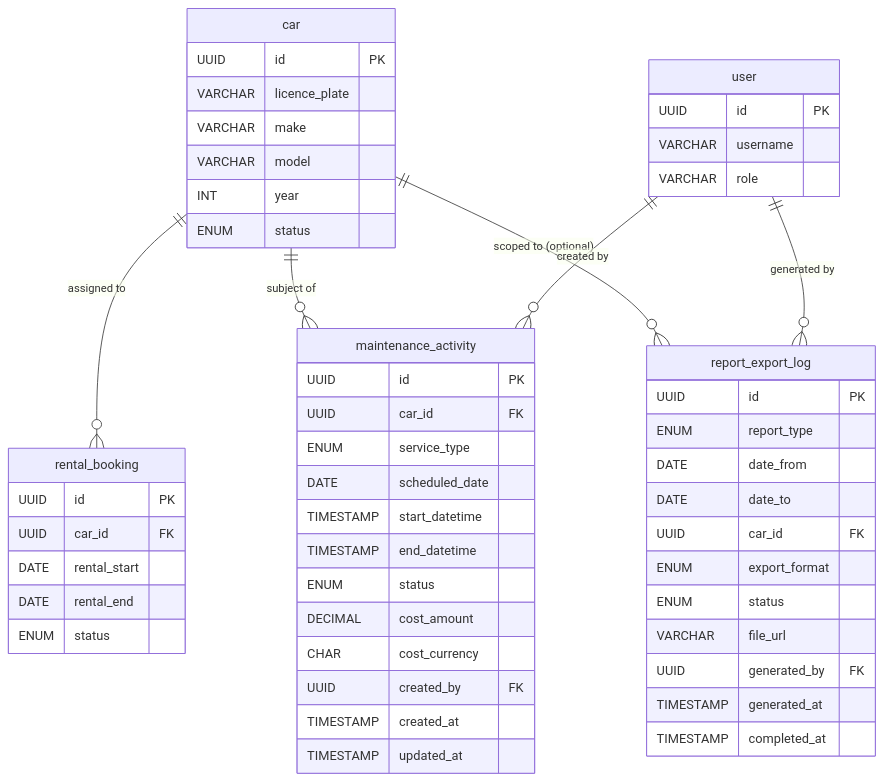
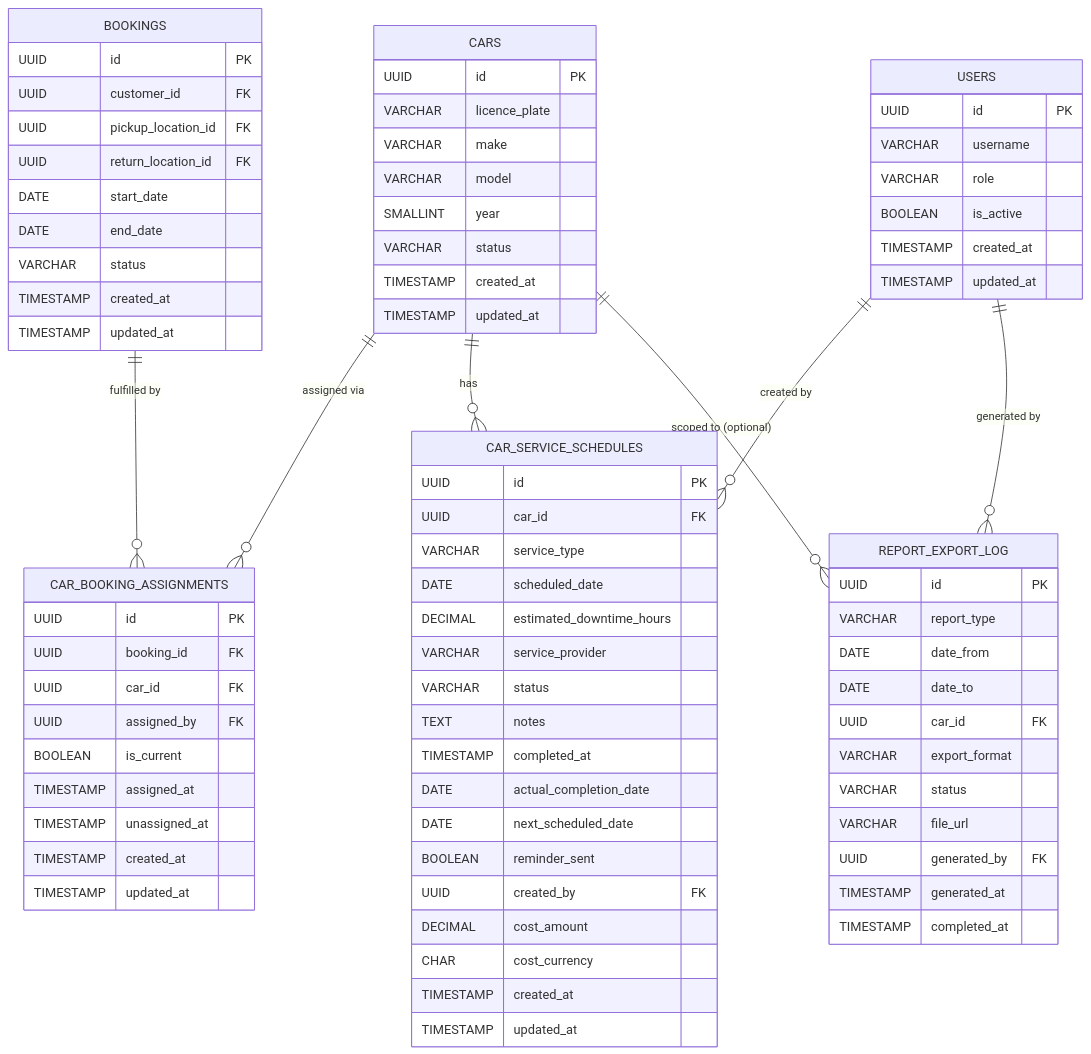
The diagram in docs/trd/database-design-car-management-fleet-utilisation-maintenance-reports.md (RavishankarDuMCA10/ai-sdlc), drawn with Mermaid before and after one commit. The commit also changed other lines of this file and 1 other file, not shown here.

Commit message:
Align database design with consolidated Car Management schema (use car_service_schedules, bookings, cars, users table names)

````diff
--- a/docs/trd/database-design-car-management-fleet-utilisation-maintenance-reports.md
+++ b/docs/trd/database-design-car-management-fleet-utilisation-maintenance-reports.md
@@ -59,60 +77,87 @@
 ```mermaid
 erDiagram
-    car {
-        UUID id PK
-        VARCHAR licence_plate
-        VARCHAR make
-        VARCHAR model
-        INT year
-        ENUM status
+    CARS {
+        UUID        id              PK
+        VARCHAR     licence_plate
+        VARCHAR     make
+        VARCHAR     model
+        SMALLINT    year
+        VARCHAR     status
+        TIMESTAMP   created_at
+        TIMESTAMP   updated_at
     }
 
-    user {
-        UUID id PK
-        VARCHAR username
-        VARCHAR role
+    USERS {
+        UUID        id          PK
+        VARCHAR     username
+        VARCHAR     role
+        BOOLEAN     is_active
+        TIMESTAMP   created_at
+        TIMESTAMP   updated_at
     }
 
-    rental_booking {
-        UUID id PK
-        UUID car_id FK
-        DATE rental_start
-        DATE rental_end
-        ENUM status
+    BOOKINGS {
+        UUID        id                  PK
+        UUID        customer_id         FK
+        UUID        pickup_location_id  FK
+        UUID        return_location_id  FK
+        DATE        start_date
+        DATE        end_date
+        VARCHAR     status
+        TIMESTAMP   created_at
+        TIMESTAMP   updated_at
     }
 
-    maintenance_activity {
-        UUID id PK
-        UUID car_id FK
-        ENUM service_type
-        DATE scheduled_date
-        TIMESTAMP start_datetime
-        TIMESTAMP end_datetime
-        ENUM status
-        DECIMAL cost_amount
-        CHAR cost_currency
-        UUID created_by FK
-        TIMESTAMP created_at
-        TIMESTAMP updated_at
+    CAR_SERVICE_SCHEDULES {
+        UUID        id                      PK
+        UUID        car_id                  FK
+        VARCHAR     service_type
+        DATE        scheduled_date
+        DECIMAL     estimated_downtime_hours
+        VARCHAR     service_provider
+        VARCHAR     status
+        TEXT        notes
+        TIMESTAMP   completed_at
+        DATE        actual_completion_date
+        DATE        next_scheduled_date
+        BOOLEAN     reminder_sent
+        UUID        created_by              FK
+        DECIMAL     cost_amount
+        CHAR        cost_currency
+        TIMESTAMP   created_at
+        TIMESTAMP   updated_at
     }
 
-    report_export_log {
-        UUID id PK
-        ENUM report_type
-        DATE date_from
-        DATE date_to
-        UUID car_id FK
-        ENUM export_format
-        ENUM status
-        VARCHAR file_url
-        UUID generated_by FK
-        TIMESTAMP generated_at
-        TIMESTAMP completed_at
+    REPORT_EXPORT_LOG {
+        UUID        id              PK
+        VARCHAR     report_type
+        DATE        date_from
+        DATE        date_to
+        UUID        car_id          FK
+        VARCHAR     export_format
+        VARCHAR     status
+        VARCHAR     file_url
+        UUID        generated_by    FK
+        TIMESTAMP   generated_at
+        TIMESTAMP   completed_at
     }
 
-    car ||--o{ rental_booking : "assigned to"
-    car ||--o{ maintenance_activity : "subject of"
-    car ||--o{ report_export_log : "scoped to (optional)"
-    user ||--o{ maintenance_activity : "created by"
-    user ||--o{ report_export_log : "generated by"
+    CAR_BOOKING_ASSIGNMENTS {
+        UUID        id              PK
+        UUID        booking_id      FK
+        UUID        car_id          FK
+        UUID        assigned_by     FK
+        BOOLEAN     is_current
+        TIMESTAMP   assigned_at
+        TIMESTAMP   unassigned_at
+        TIMESTAMP   created_at
+        TIMESTAMP   updated_at
+    }
+
+    CARS                ||--o{  CAR_BOOKING_ASSIGNMENTS   : "assigned via"
+    BOOKINGS            ||--o{  CAR_BOOKING_ASSIGNMENTS   : "fulfilled by"
+    CARS                ||--o{  CAR_SERVICE_SCHEDULES     : "has"
+    CARS                ||--o{  REPORT_EXPORT_LOG         : "scoped to (optional)"
+    USERS               ||--o{  CAR_SERVICE_SCHEDULES     : "created by"
+    USERS               ||--o{  REPORT_EXPORT_LOG         : "generated by"
 ```
````
